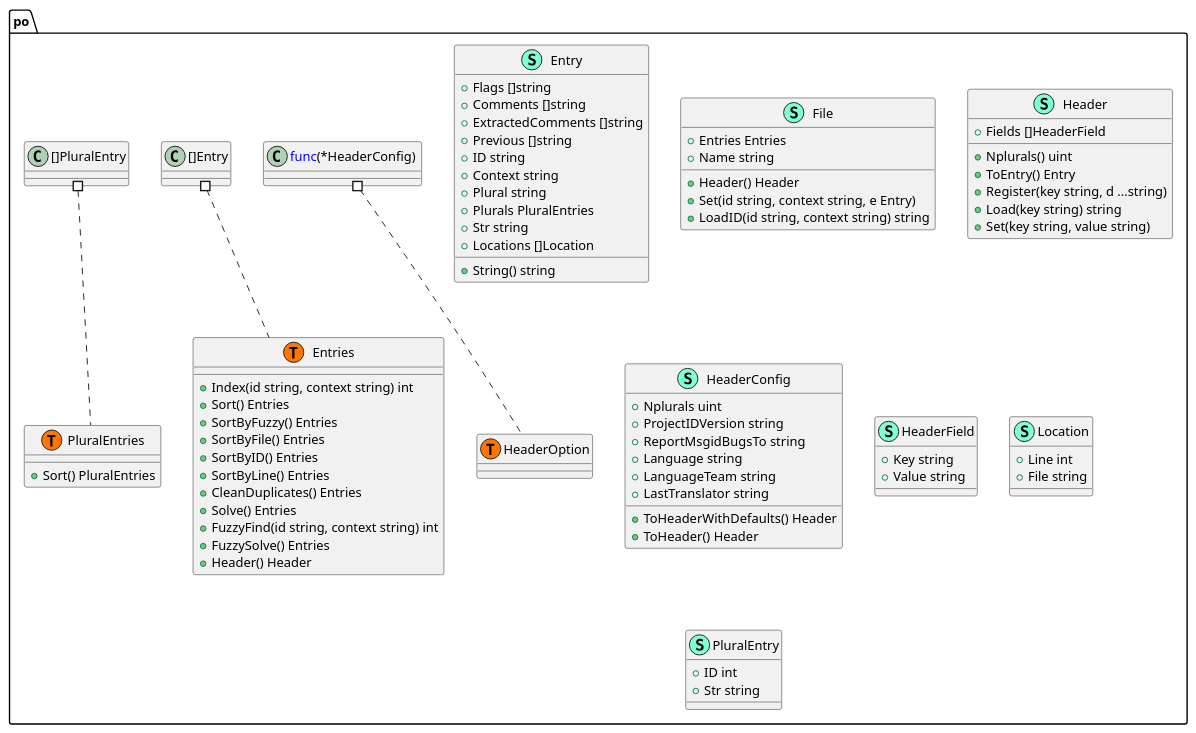
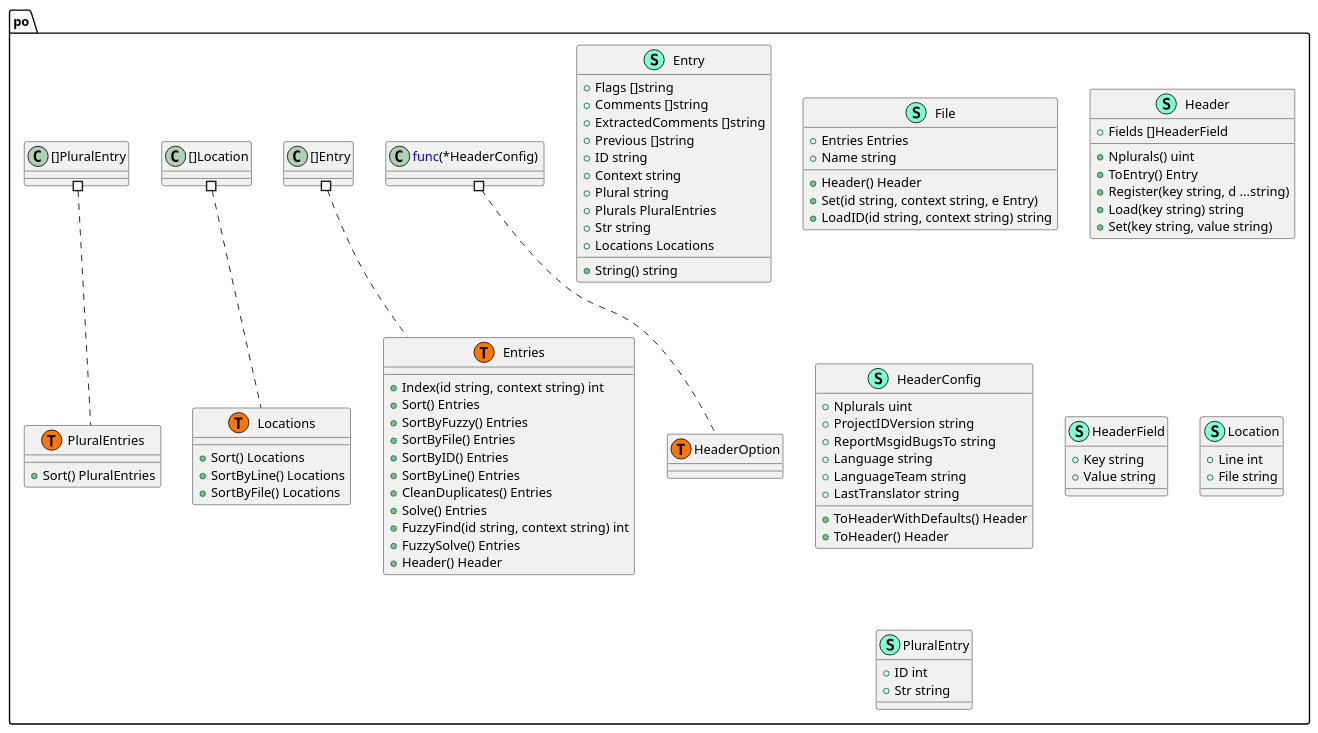
Before and after one commit to Tom5521/gotext-tools: the diagram in pkg/po/structure.puml, drawn with PlantUML. The commit also changed 10 other files, not shown here.

First line of the commit message:
feat(parse): enhance file parsing and UML generation

```diff
--- a/pkg/po/structure.puml
+++ b/pkg/po/structure.puml
@@ -1,94 +1,103 @@
 @startuml
 namespace po {
     class Entries << (S,Aquamarine) >> {
         + Index(id string, context string) int
         + Sort() Entries
         + SortByFuzzy() Entries
         + SortByFile() Entries
         + SortByID() Entries
         + SortByLine() Entries
         + CleanDuplicates() Entries
         + Solve() Entries
         + FuzzyFind(id string, context string) int
         + FuzzySolve() Entries
         + Header() Header
 
     }
     class Entry << (S,Aquamarine) >> {
         + Flags []string
         + Comments []string
         + ExtractedComments []string
         + Previous []string
         + ID string
         + Context string
         + Plural string
         + Plurals PluralEntries
         + Str string
-        + Locations []Location
+        + Locations Locations
 
         + String() string
 
     }
     class File << (S,Aquamarine) >> {
         + Entries Entries
         + Name string
 
         + Header() Header
         + Set(id string, context string, e Entry) 
         + LoadID(id string, context string) string
 
     }
     class Header << (S,Aquamarine) >> {
         + Fields []HeaderField
 
         + Nplurals() uint
         + ToEntry() Entry
         + Register(key string, d ...string) 
         + Load(key string) string
         + Set(key string, value string) 
 
     }
     class HeaderConfig << (S,Aquamarine) >> {
         + Nplurals uint
         + ProjectIDVersion string
         + ReportMsgidBugsTo string
         + Language string
         + LanguageTeam string
         + LastTranslator string
 
         + ToHeaderWithDefaults() Header
         + ToHeader() Header
 
     }
     class HeaderField << (S,Aquamarine) >> {
         + Key string
         + Value string
 
     }
     class Location << (S,Aquamarine) >> {
         + Line int
         + File string
 
     }
+    class Locations << (S,Aquamarine) >> {
+        + Sort() Locations
+        + SortByLine() Locations
+        + SortByFile() Locations
+
+    }
     class PluralEntries << (S,Aquamarine) >> {
         + Sort() PluralEntries
 
     }
     class PluralEntry << (S,Aquamarine) >> {
         + ID int
         + Str string
 
     }
     class po.Entries << (T, #FF7700) >>  {
     }
     class po.HeaderOption << (T, #FF7700) >>  {
     }
+    class po.Locations << (T, #FF7700) >>  {
+    }
     class po.PluralEntries << (T, #FF7700) >>  {
     }
 }
 
 
 "po.<font color=blue>func</font>(*HeaderConfig) " #.. "po.HeaderOption"
 "po.[]Entry" #.. "po.Entries"
+"po.[]Location" #.. "po.Locations"
 "po.[]PluralEntry" #.. "po.PluralEntries"
 @enduml
```
